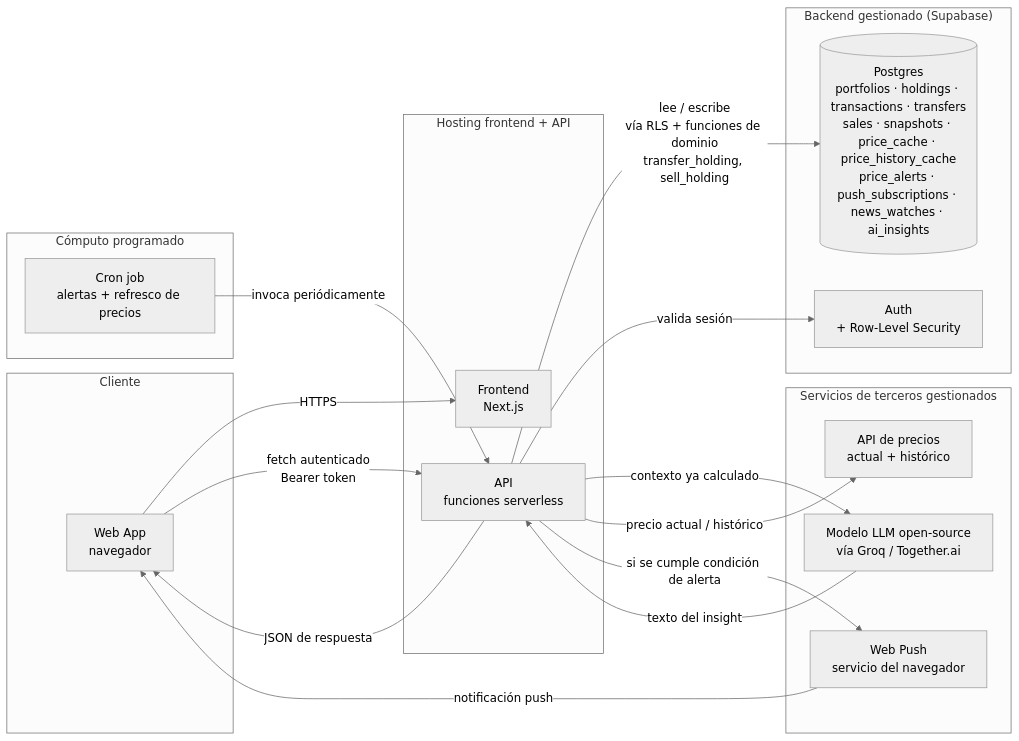
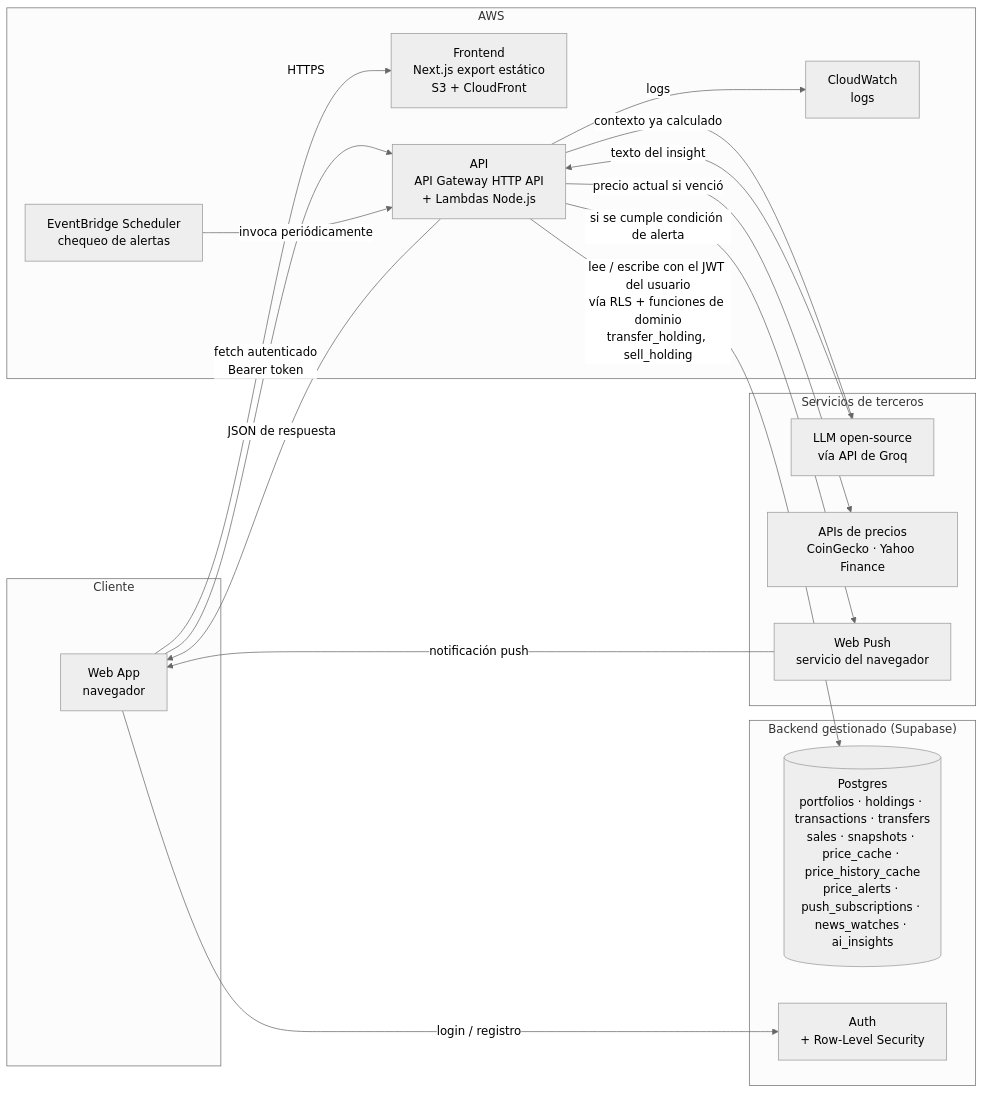
Before and after one commit to valentintorres-arg/StonksView-DesarrolloCloud2026: the diagram in StonksView_Arquitectura.md, drawn with Mermaid (neutral theme). The commit also changed other lines of this file, not shown here.

Commit message:
docs: alinea la arquitectura con AWS, EventBridge y Groq

````diff
--- a/StonksView_Arquitectura.md
+++ b/StonksView_Arquitectura.md
@@ -11,39 +11,38 @@
 ```mermaid
 flowchart LR
     subgraph Cliente
         A[Web App<br/>navegador]
     end
 
-    subgraph "Hosting frontend + API"
-        B[Frontend<br/>Next.js]
-        C[API<br/>funciones serverless]
+    subgraph "AWS"
+        B[Frontend<br/>Next.js export estático<br/>S3 + CloudFront]
+        C[API<br/>API Gateway HTTP API<br/>+ Lambdas Node.js]
+        H[EventBridge Scheduler<br/>chequeo de alertas]
+        L[CloudWatch<br/>logs]
     end
 
     subgraph "Backend gestionado (Supabase)"
         D[(Postgres<br/>portfolios · holdings · transactions · transfers<br/>sales · snapshots · price_cache · price_history_cache<br/>price_alerts · push_subscriptions · news_watches · ai_insights)]
         E[Auth<br/>+ Row-Level Security]
     end
 
-    subgraph "Servicios de terceros gestionados"
-        F[Modelo LLM open-source<br/>vía Groq / Together.ai]
-        G[API de precios<br/>actual + histórico]
+    subgraph "Servicios de terceros"
+        F[LLM open-source<br/>vía API de Groq]
+        G[APIs de precios<br/>CoinGecko · Yahoo Finance]
         I[Web Push<br/>servicio del navegador]
-    end
-
-    subgraph "Cómputo programado"
-        H[Cron job<br/>alertas + refresco de precios]
     end
 
     A -->|HTTPS| B
     A -->|fetch autenticado<br/>Bearer token| C
-    C -->|lee / escribe<br/>vía RLS + funciones de dominio<br/>transfer_holding, sell_holding| D
-    C -->|valida sesión| E
+    A -->|login / registro| E
+    C -->|lee / escribe con el JWT del usuario<br/>vía RLS + funciones de dominio<br/>transfer_holding, sell_holding| D
     C -->|contexto ya calculado| F
-    C -->|precio actual / histórico| G
+    C -->|precio actual si venció| G
     F -->|texto del insight| C
     C -->|JSON de respuesta| A
+    C -->|logs| L
 
     H -->|invoca periódicamente| C
     C -->|si se cumple condición de alerta| I
     I -->|notificación push| A
 ```
````
